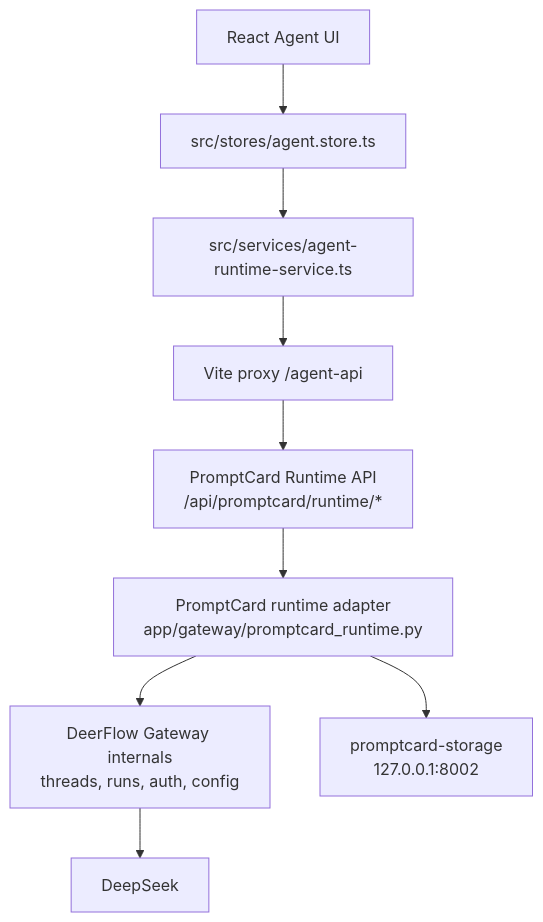
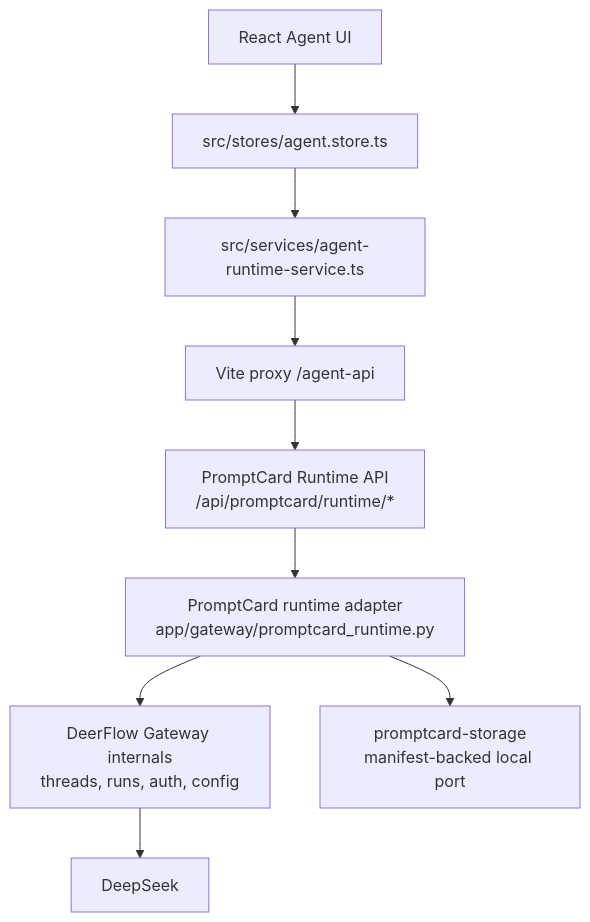
The diagram in docs/architecture/agent-runtime-boundary.md (Aoye-3/PromptCard-Agent), drawn with Mermaid before and after one commit. The commit also changed other lines of this file and 36 other files, not shown here.

````diff
--- a/docs/architecture/agent-runtime-boundary.md
+++ b/docs/architecture/agent-runtime-boundary.md
@@ -9,16 +9,16 @@
 ```mermaid
 flowchart TD
   UI["React Agent UI"]
   Store["src/stores/agent.store.ts"]
   Client["src/services/agent-runtime-service.ts"]
   Vite["Vite proxy /agent-api"]
   Boundary["PromptCard Runtime API<br/>/api/promptcard/runtime/*"]
   Adapter["PromptCard runtime adapter<br/>app/gateway/promptcard_runtime.py"]
   DeerFlow["DeerFlow Gateway internals<br/>threads, runs, auth, config"]
-  Storage["promptcard-storage<br/>127.0.0.1:8002"]
+  Storage["promptcard-storage<br/>manifest-backed local port"]
   Model["DeepSeek"]
 
   UI --> Store --> Client --> Vite --> Boundary --> Adapter
   Adapter --> DeerFlow --> Model
   Adapter --> Storage
 ```
````
